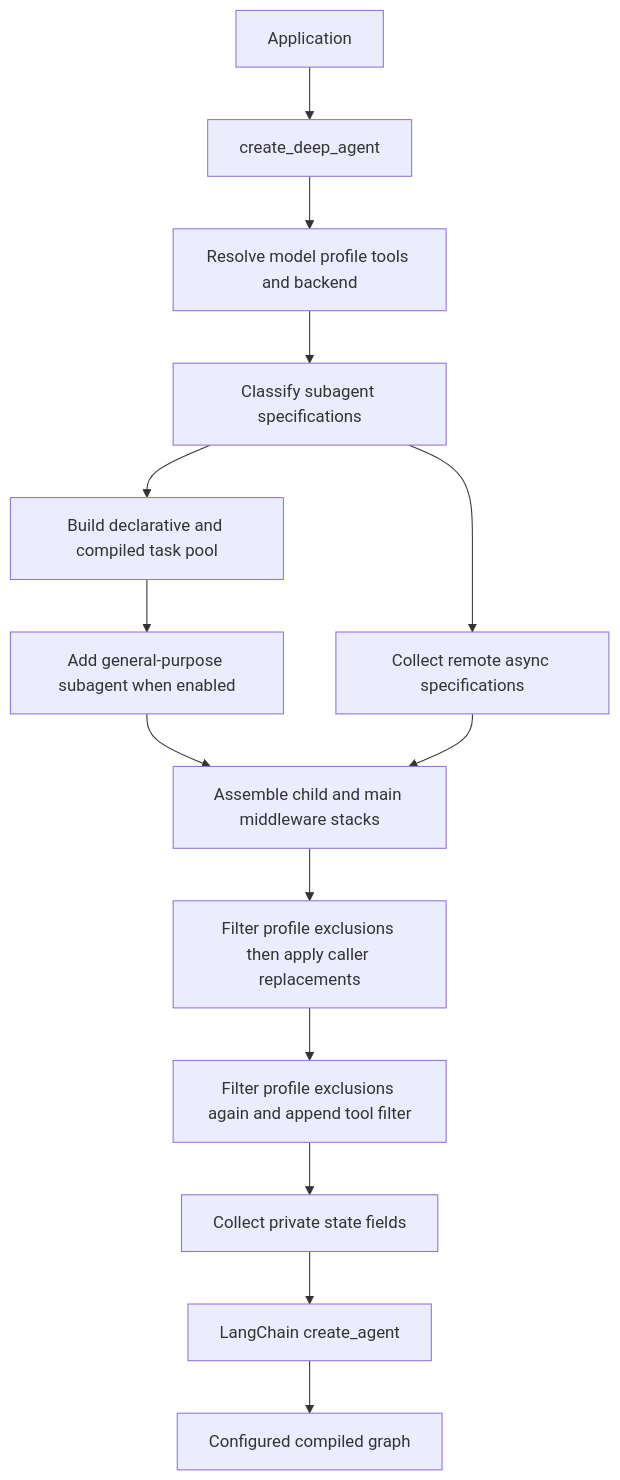
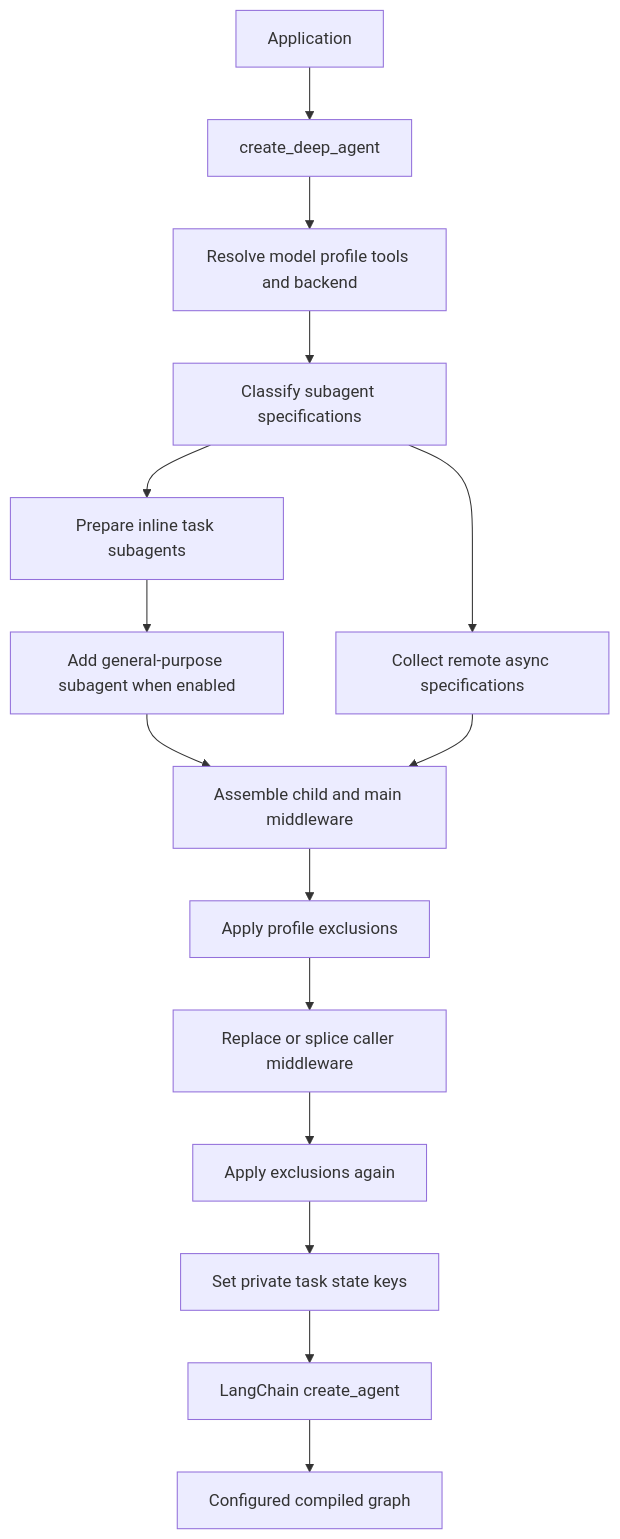
One commit to langchain-ai/deepagents changed the first of 2 diagrams in openwiki/architecture/sdk-construction-execution.md. Above: the diagram before and after it, drawn with Mermaid. The commit also changed other lines of this file and 28 other files, not shown here.

````diff
--- a/openwiki/architecture/sdk-construction-execution.md
+++ b/openwiki/architecture/sdk-construction-execution.md
@@ -44,16 +49,17 @@
 ```mermaid
 flowchart TD
-    App["Application"] --> Builder["create_deep_agent"]
-    Builder --> Resolve["Resolve model profile tools and backend"]
+    App["Application"] --> Build["create_deep_agent"]
+    Build --> Resolve["Resolve model profile tools and backend"]
     Resolve --> Classify["Classify subagent specifications"]
-    Classify --> Inline["Build declarative and compiled task pool"]
+    Classify --> Inline["Prepare inline task subagents"]
     Classify --> Remote["Collect remote async specifications"]
     Inline --> GP["Add general-purpose subagent when enabled"]
-    GP --> Stacks["Assemble child and main middleware stacks"]
-    Remote --> Stacks
-    Stacks --> Exclude["Filter profile exclusions then apply caller replacements"]
-    Exclude --> Filter["Filter profile exclusions again and append tool filter"]
-    Filter --> Schema["Collect private state fields"]
-    Schema --> Compile["LangChain create_agent"]
+    GP --> Stack["Assemble child and main middleware"]
+    Remote --> Stack
+    Stack --> FilterOne["Apply profile exclusions"]
+    FilterOne --> Custom["Replace or splice caller middleware"]
+    Custom --> FilterTwo["Apply exclusions again"]
+    FilterTwo --> Private["Set private task state keys"]
+    Private --> Compile["LangChain create_agent"]
     Compile --> Graph["Configured compiled graph"]
 ```
````
